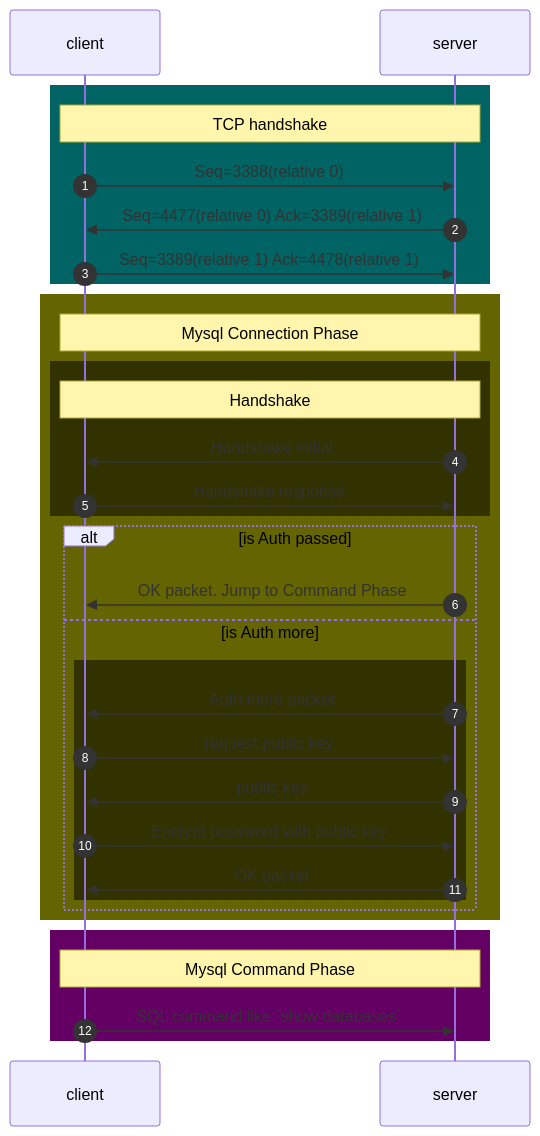
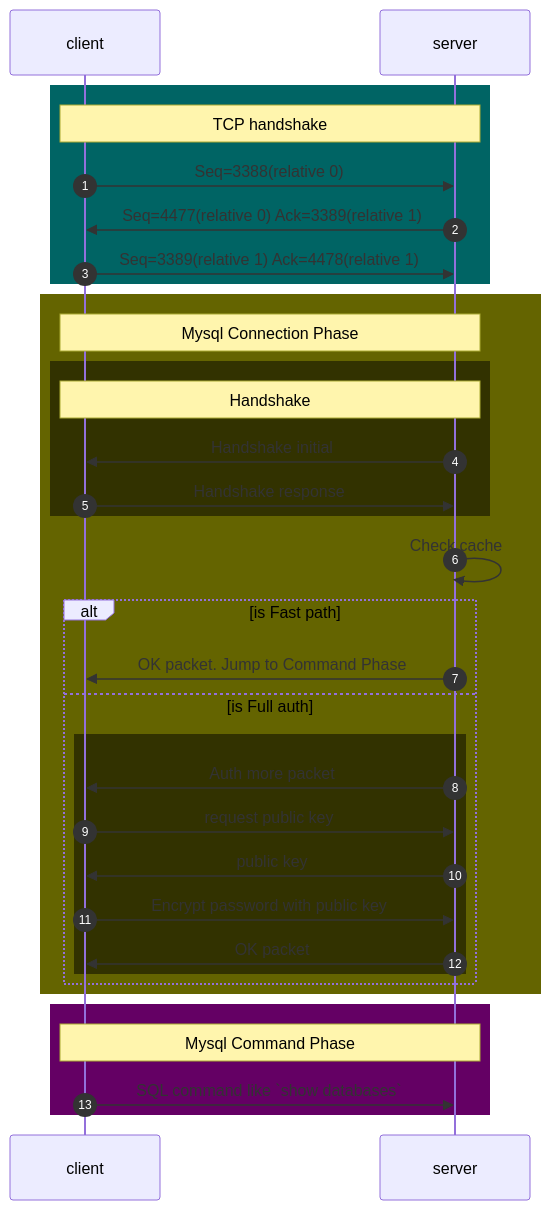
Before and after one commit to wenjoy/Technology-forward: the diagram in mysql_protocol_auth.md, drawn with Mermaid. The commit also changed other lines of this file, not shown here.

Commit message:
update mysql protocol notes

````diff
--- a/mysql_protocol_auth.md
+++ b/mysql_protocol_auth.md
@@ -32,36 +34,38 @@
 ```mermaid
 sequenceDiagram
     autonumber
     participant client
     participant server
     rect rgb(0, 100, 100)
     Note over client,server: TCP handshake 
     client->>server: Seq=3388(relative 0)
     server->>client: Seq=4477(relative 0) Ack=3389(relative 1)
     client->>server: Seq=3389(relative 1) Ack=4478(relative 1)
     end
     rect rgb(100, 100, 0)
     Note over client,server: Mysql Connection Phase
         rect rgb(50, 50, 0)
         Note over client,server: Handshake
             server->>client: Handshake initial
             client->>server: Handshake response
         end
 
-        alt is Auth passed
+        server->>server: Check cache
+
+        alt is Fast path
         server->>client: OK packet. Jump to Command Phase
-        else is Auth more
+        else is Full auth
             rect rgb(50, 50, 0)
                 server->>client: Auth more packet
                 client->>server: request public key
                 server->>client: public key
                 client->>server: Encrypt password with public key
                 server->>client: OK packet
             end
         end
     end
     rect rgb(100, 0, 100)
     Note over client,server: Mysql Command Phase
         client->>server: SQL command like `show databases`
     end
 ```
````
